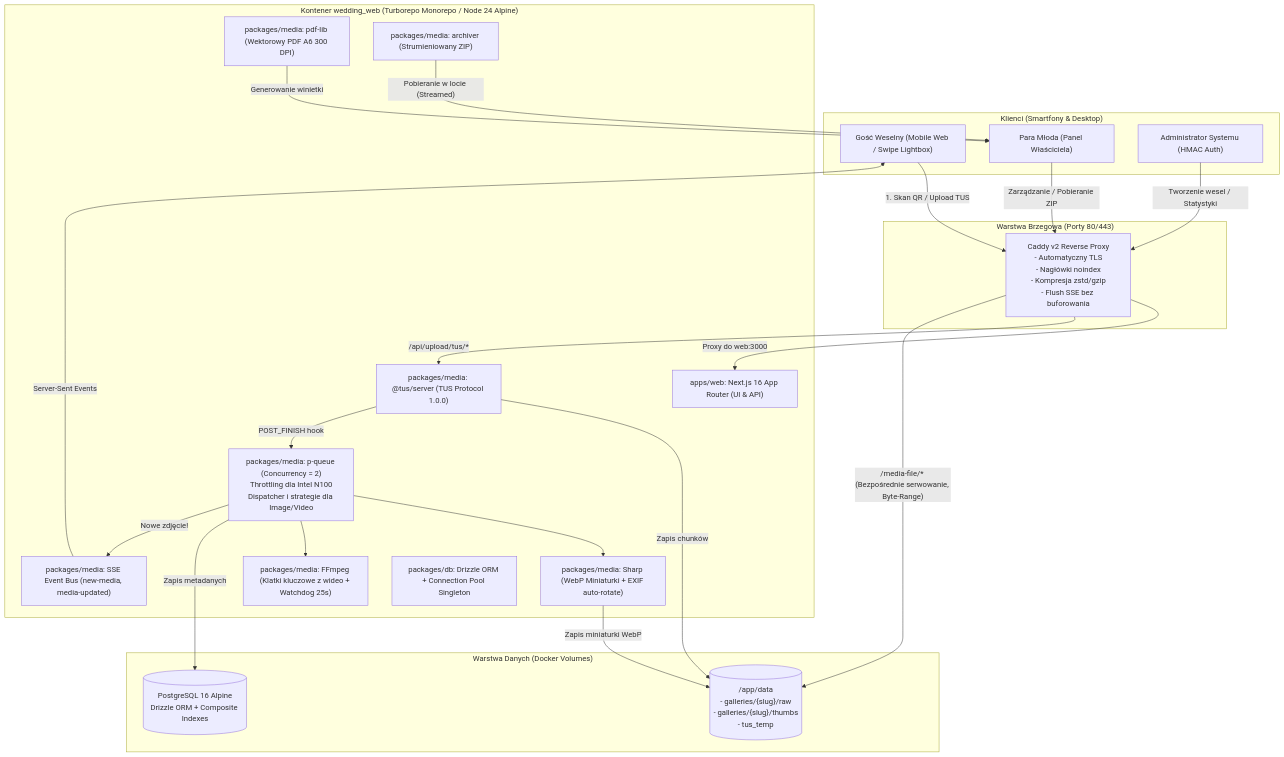
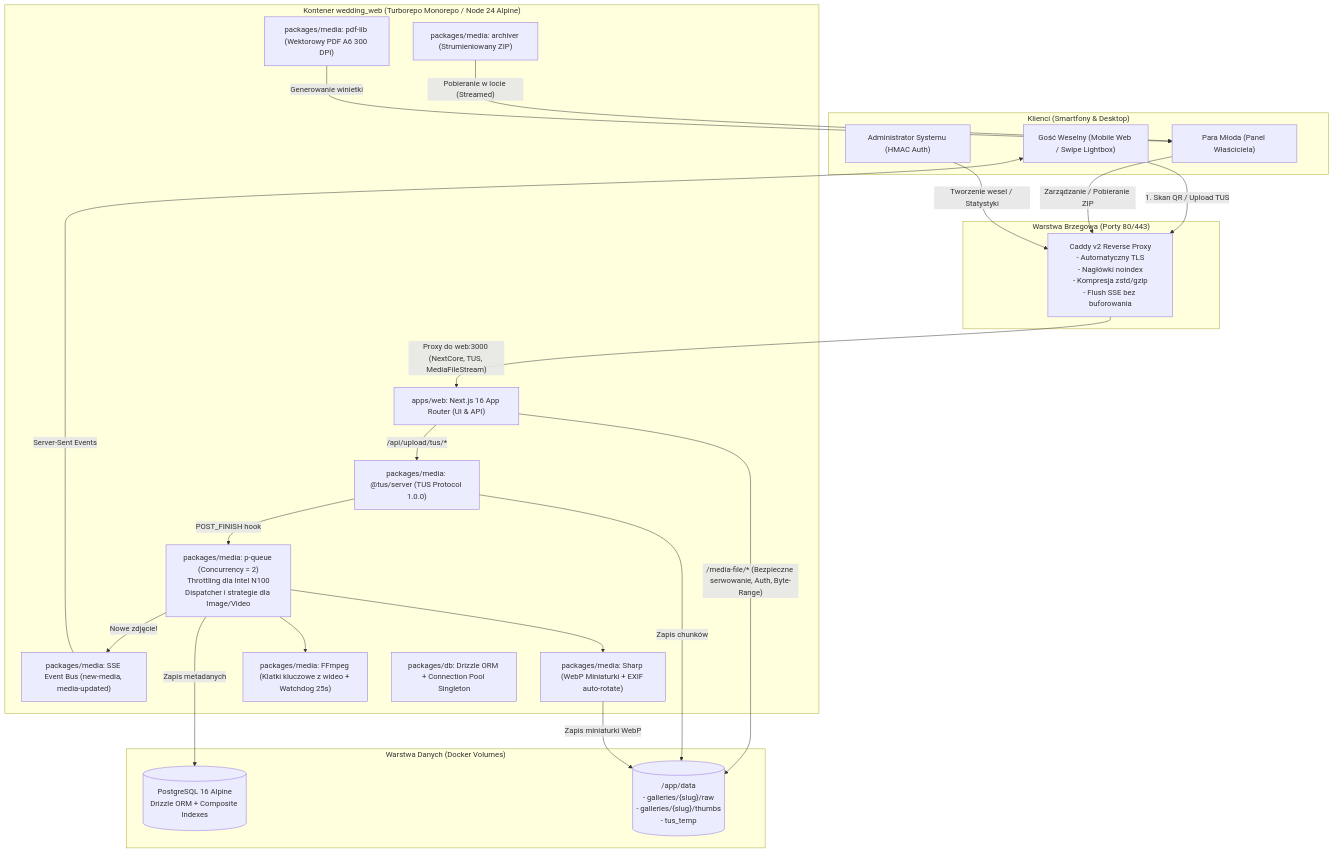
The diagram in DOCUMENTATION.md (p4cino/wedding-drop), drawn with Mermaid before and after one commit. The commit also changed other lines of this file and 20 other files, not shown here.

````diff
--- a/DOCUMENTATION.md
+++ b/DOCUMENTATION.md
@@ -21,49 +21,49 @@
 ```mermaid
 graph TD
     subgraph "Klienci (Smartfony & Desktop)"
         Guest["Gość Weselny (Mobile Web / Swipe Lightbox)"]
         Couple["Para Młoda (Panel Właściciela)"]
         Admin["Administrator Systemu (HMAC Auth)"]
     end
 
     subgraph "Warstwa Brzegowa (Porty 80/443)"
         Caddy["Caddy v2 Reverse Proxy\n- Automatyczny TLS\n- Nagłówki noindex\n- Kompresja zstd/gzip\n- Flush SSE bez buforowania"]
     end
 
     subgraph "Kontener wedding_web (Turborepo Monorepo / Node 24 Alpine)"
         NextCore["apps/web: Next.js 16 App Router (UI & API)"]
         TusServer["packages/media: @tus/server (TUS Protocol 1.0.0)"]
         SSEBus["packages/media: SSE Event Bus (new-media, media-updated)"]
         PdfGen["packages/media: pdf-lib (Wektorowy PDF A6 300 DPI)"]
         ZipStream["packages/media: archiver (Strumieniowany ZIP)"]
         MediaQueue["packages/media: p-queue (Concurrency = 2)\nThrottling dla Intel N100\nDispatcher i strategie dla Image/Video"]
         Sharp["packages/media: Sharp (WebP Miniaturki + EXIF auto-rotate)"]
         FFmpeg["packages/media: FFmpeg (Klatki kluczowe z wideo + Watchdog 25s)"]
         DbPkg["packages/db: Drizzle ORM + Connection Pool Singleton"]
     end
 
     subgraph "Warstwa Danych (Docker Volumes)"
         Postgres[("PostgreSQL 16 Alpine\nDrizzle ORM + Composite Indexes")]
         Filesystem[("/app/data\n- galleries/{slug}/raw\n- galleries/{slug}/thumbs\n- tus_temp")]
     end
 
     Guest -->|"1. Skan QR / Upload TUS"| Caddy
     Couple -->|"Zarządzanie / Pobieranie ZIP"| Caddy
     Admin -->|"Tworzenie wesel / Statystyki"| Caddy
 
-    Caddy -->|"Proxy do web:3000"| NextCore
-    Caddy -->|"/api/upload/tus/*"| TusServer
-    Caddy -->|"/media-file/* (Bezpośrednie serwowanie, Byte-Range)"| Filesystem
+    Caddy -->|"Proxy do web:3000 (NextCore, TUS, MediaFileStream)"| NextCore
+    NextCore -->|"/api/upload/tus/*"| TusServer
+    NextCore -->|"/media-file/* (Bezpieczne serwowanie, Auth, Byte-Range)"| Filesystem
 
     TusServer -->|"Zapis chunków"| Filesystem
     TusServer -->|"POST_FINISH hook"| MediaQueue
     MediaQueue --> Sharp
     MediaQueue --> FFmpeg
     Sharp -->|"Zapis miniaturki WebP"| Filesystem
     MediaQueue -->|"Zapis metadanych"| Postgres
     MediaQueue -->|"Nowe zdjęcie!"| SSEBus
     SSEBus -->|"Server-Sent Events"| Guest
 
     ZipStream -->|"Pobieranie w locie (Streamed)"| Couple
     PdfGen -->|"Generowanie winietki"| Couple
 ```
````
